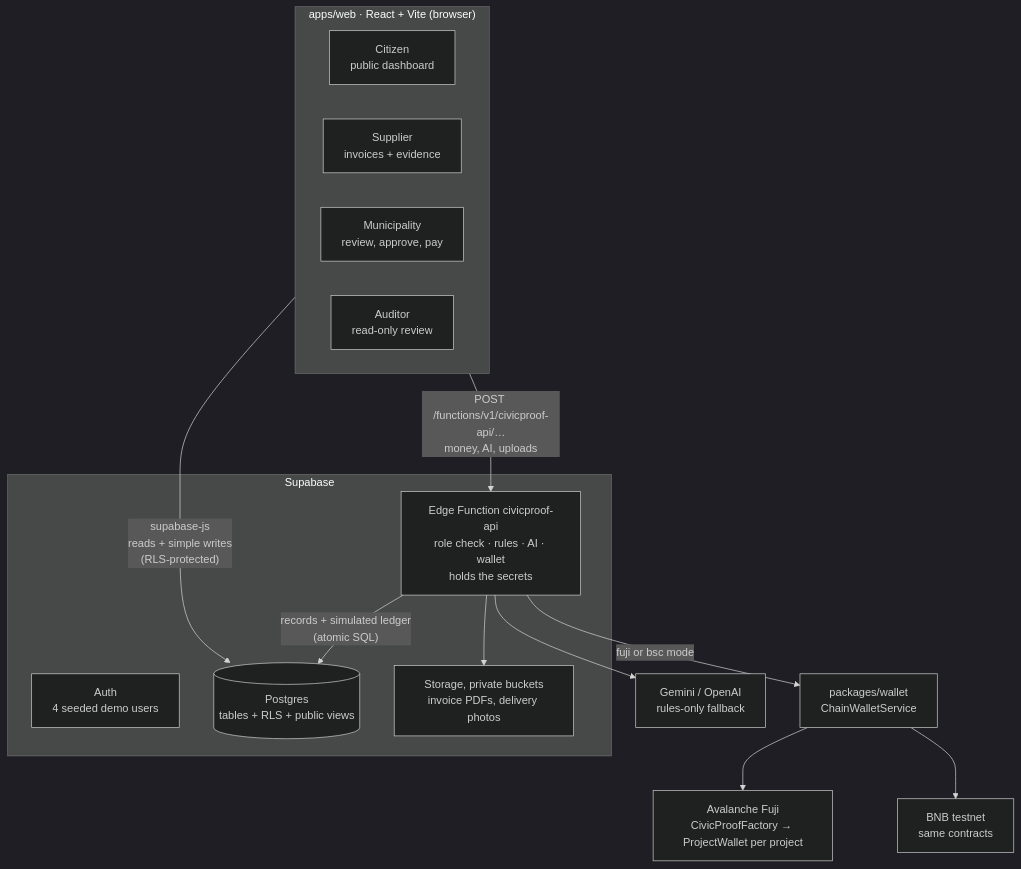
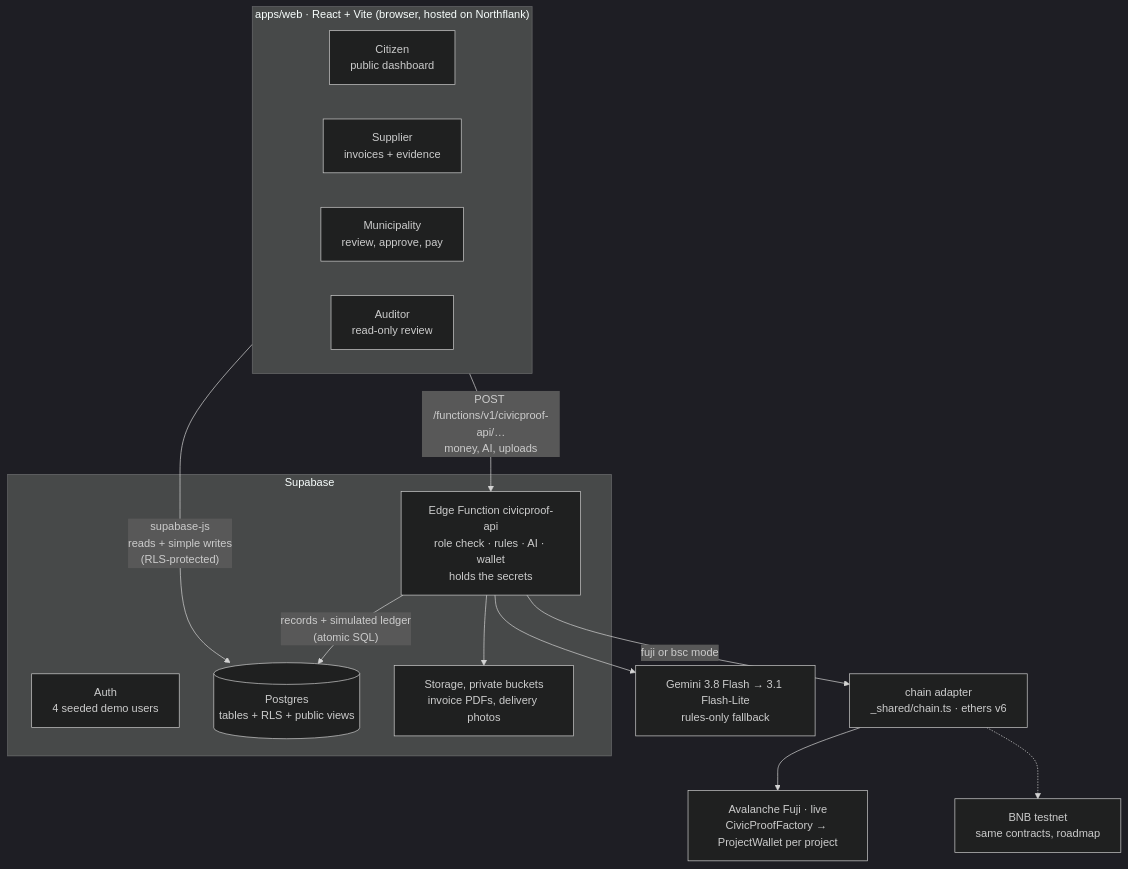
Before and after one commit to Wityd/civic_proof: the first of 2 diagrams in README.md, drawn with Mermaid (dark theme). The commit also changed other lines of this file, not shown here.

Commit message:
README: live status, verified contracts, first Fuji payment, AI layer

````diff
--- a/README.md
+++ b/README.md
@@ -82,25 +93,25 @@
 ```mermaid
 flowchart TB
-    subgraph web["apps/web · React + Vite (browser)"]
+    subgraph web["apps/web · React + Vite (browser, hosted on Northflank)"]
         C[Citizen<br/>public dashboard]
         S[Supplier<br/>invoices + evidence]
         M[Municipality<br/>review, approve, pay]
         A[Auditor<br/>read-only review]
     end
 
     subgraph supa["Supabase"]
         AUTH[Auth<br/>4 seeded demo users]
         DB[(Postgres<br/>tables + RLS + public views)]
         ST[Storage, private buckets<br/>invoice PDFs, delivery photos]
         EF[Edge Function civicproof-api<br/>role check · rules · AI · wallet<br/>holds the secrets]
     end
 
     web -->|"supabase-js<br/>reads + simple writes<br/>(RLS-protected)"| DB
     web -->|"POST /functions/v1/civicproof-api/…<br/>money, AI, uploads"| EF
     EF --> ST
-    EF --> AI[Gemini / OpenAI<br/>rules-only fallback]
-    EF -->|"fuji or bsc mode"| WS[packages/wallet<br/>ChainWalletService]
+    EF --> AI[Gemini 3.8 Flash → 3.1 Flash-Lite<br/>rules-only fallback]
+    EF -->|"fuji or bsc mode"| WS[chain adapter<br/>_shared/chain.ts · ethers v6]
     EF -->|"records + simulated ledger<br/>(atomic SQL)"| DB
-    WS --> FUJI[Avalanche Fuji<br/>CivicProofFactory → ProjectWallet per project]
-    WS --> BSC[BNB testnet<br/>same contracts]
+    WS --> FUJI[Avalanche Fuji · live<br/>CivicProofFactory → ProjectWallet per project]
+    WS -.-> BSC[BNB testnet<br/>same contracts, roadmap]
 ```
````
